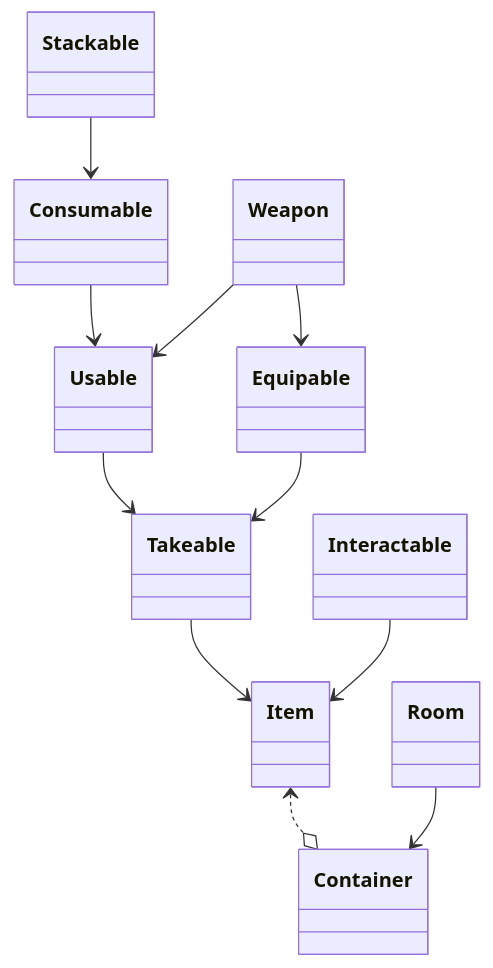
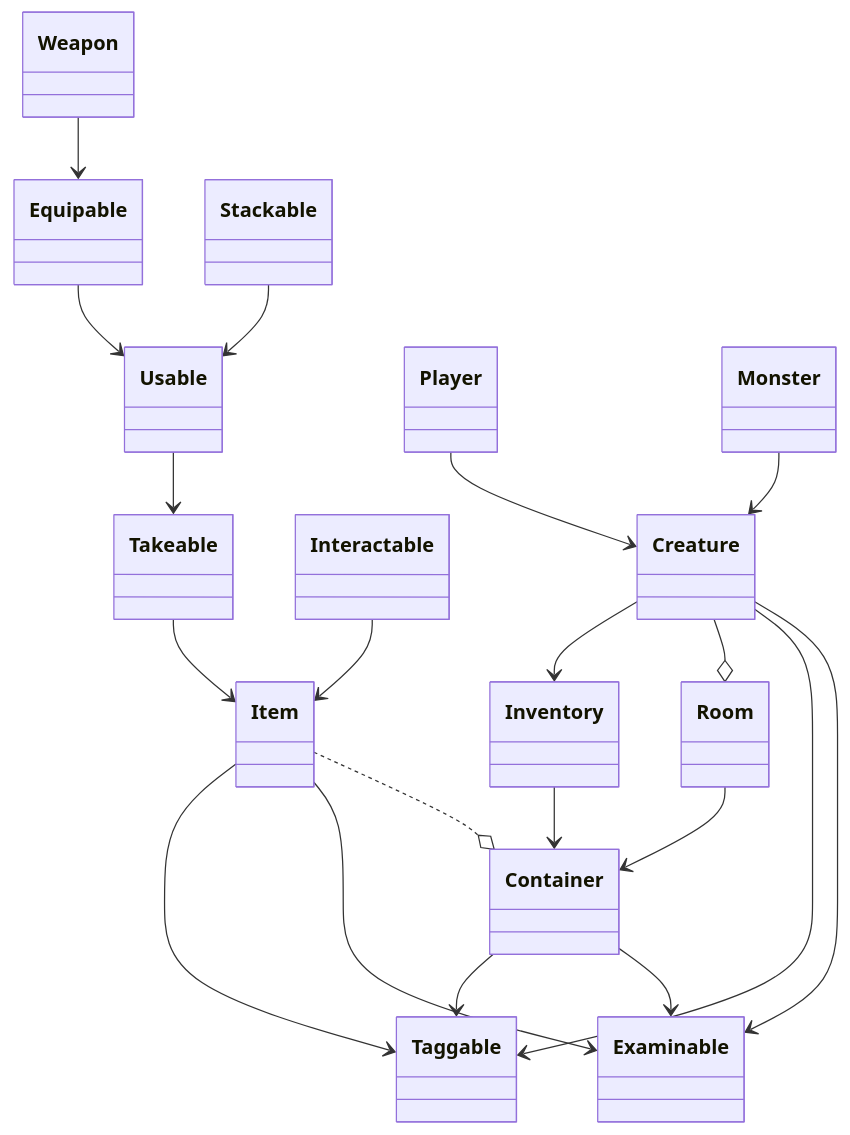
Before and after one commit to GeenDutchman/LHF-MUD: the diagram in README.md, drawn with Mermaid.

Commit message:
Better diagram

````diff
--- a/README.md
+++ b/README.md
@@ -20,42 +20,59 @@
 ```mermaid
 classDiagram
+  class Examinable
+  class Taggable
   class Container
   class Item
   class Takeable
   class Usable
   class Equipable
-  class Consumable
   class Stackable
   class Interactable
   class Weapon
 
-  Item <..o Container
+  Item ..o Container
+  Item --> Examinable
+  Item --> Taggable
 
   Takeable --> Item
 %%   Usable --> Item
 %%   Equipable --> Item
-%%   Consumable --> Item
 %%   Stackable --> Item
   Interactable --> Item
 %%   Weapon --> Item
 
   Usable --> Takeable
 
-  Equipable --> Takeable
-
-%%   Consumable --> Takeable
-%%   Consumable --> Usable
-  Consumable --> Usable
+%%   Equipable --> Takeable
+  Equipable --> Usable
 
 %%   Stackable --> Takeable
-  Stackable --> Consumable
+  Stackable --> Usable
 
 %%   Weapon --> Takeable
-  Weapon --> Usable
+%%   Weapon --> Usable
   Weapon --> Equipable
 
   class Room
   Room --> Container
 %%   Interactable --o Room
 
+Container --> Examinable
+Container --> Taggable
+
+class Creature
+class Player
+class Monster
+
+Creature --> Examinable
+Creature --> Taggable
+Creature --o Room
+
+Player --> Creature
+Monster --> Creature
+
+Inventory --> Container
+Creature --> Inventory
+
+
 ```
````
